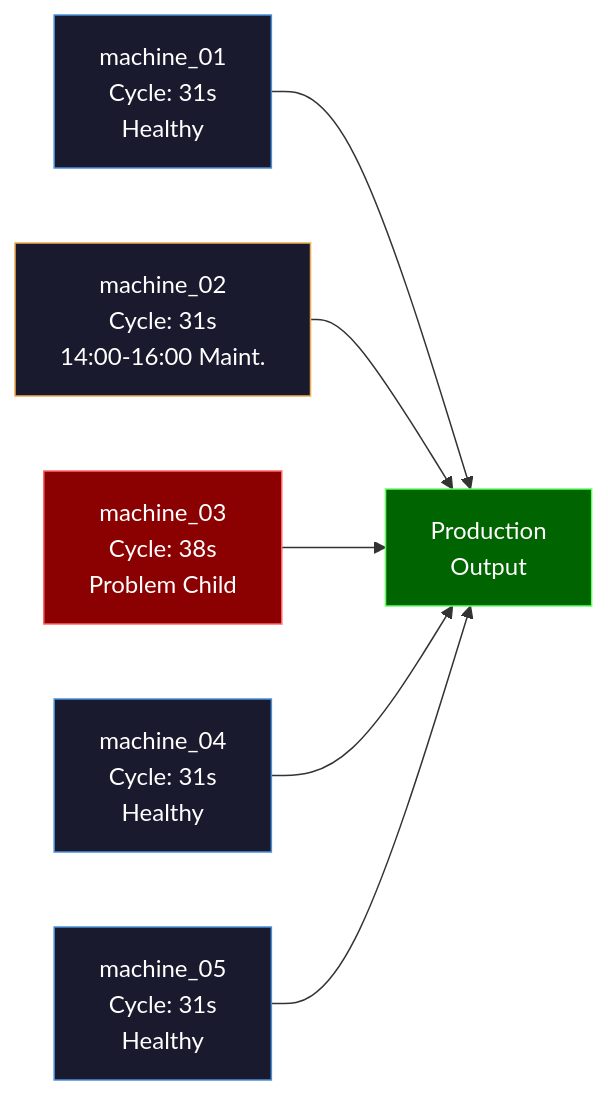
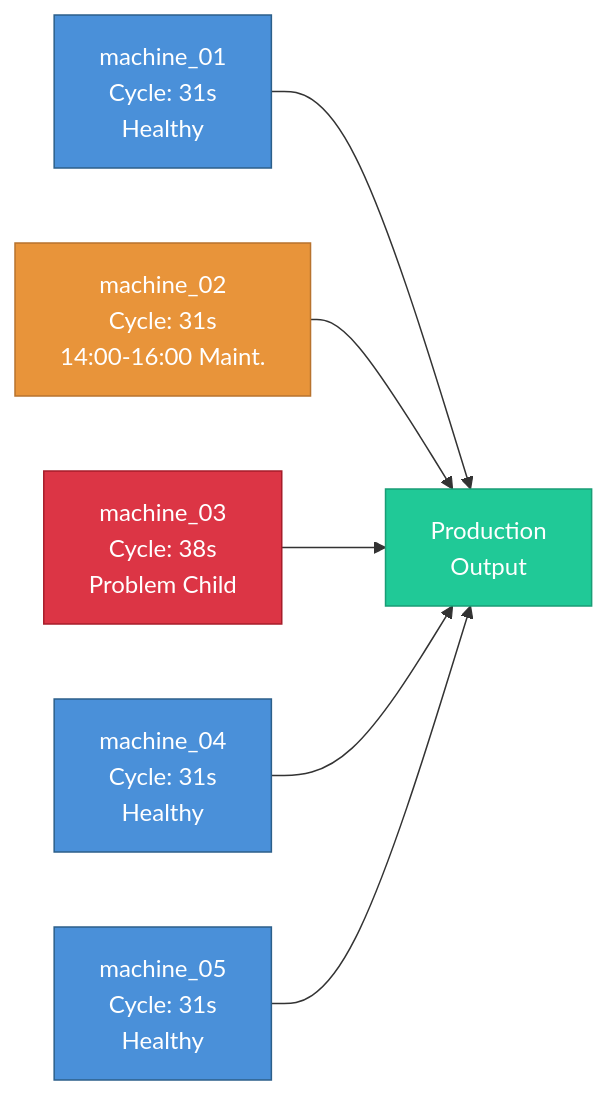
The first of 3 diagrams in docs/simulation/patterns/foundations.md (henryodibi11/Odibi), drawn with Mermaid before and after one commit. The commit also changed other lines of this file and 7 other files, not shown here.

First line of the commit message:
Fix mermaid diagram colors for readability across all 26 diagrams

````diff
--- a/docs/simulation/patterns/foundations.md
+++ b/docs/simulation/patterns/foundations.md
@@ -210,15 +210,15 @@
 ```mermaid
 flowchart LR
     M1["machine_01\nCycle: 31s\nHealthy"] --> OUT["Production\nOutput"]
     M2["machine_02\nCycle: 31s\n14:00-16:00 Maint."] --> OUT
     M3["machine_03\nCycle: 38s\nProblem Child"] --> OUT
     M4["machine_04\nCycle: 31s\nHealthy"] --> OUT
     M5["machine_05\nCycle: 31s\nHealthy"] --> OUT
 
-    style M2 fill:#1a1a2e,stroke:#f0ad4e,color:#ffffff
-    style M3 fill:#8B0000,stroke:#ff6666,color:#ffffff
-    style M1 fill:#1a1a2e,stroke:#4a90d9,color:#ffffff
-    style M4 fill:#1a1a2e,stroke:#4a90d9,color:#ffffff
-    style M5 fill:#1a1a2e,stroke:#4a90d9,color:#ffffff
-    style OUT fill:#006400,stroke:#66ff66,color:#ffffff
+    style M2 fill:#e8943a,stroke:#b8732e,color:#ffffff
+    style M3 fill:#dc3545,stroke:#a71d2a,color:#ffffff
+    style M1 fill:#4a90d9,stroke:#2c5f8a,color:#ffffff
+    style M4 fill:#4a90d9,stroke:#2c5f8a,color:#ffffff
+    style M5 fill:#4a90d9,stroke:#2c5f8a,color:#ffffff
+    style OUT fill:#20c997,stroke:#199d76,color:#ffffff
 ```
````
